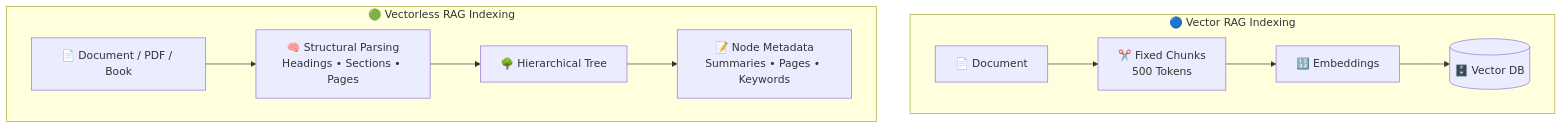
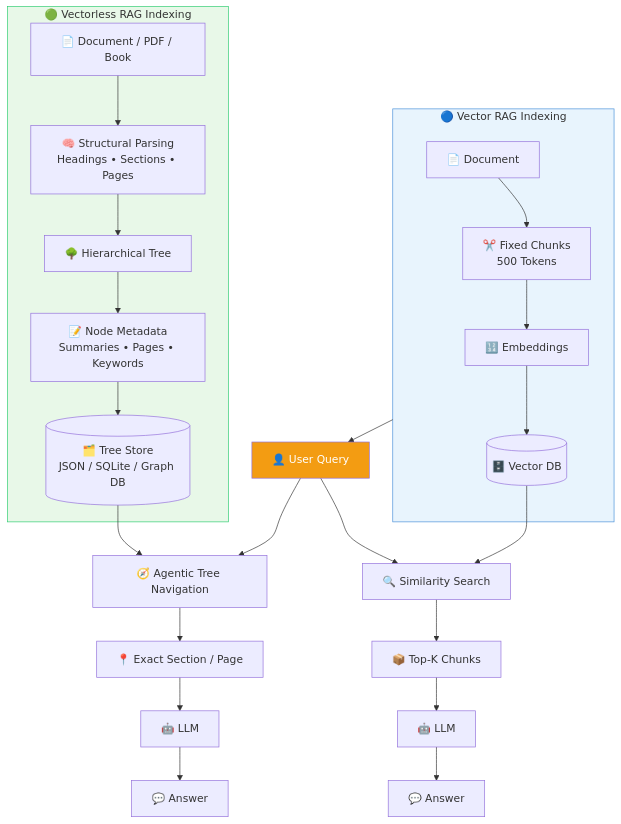
Before and after one commit to Amie-dev/FDE-and-GenAI-Mastery: the first of 14 diagrams in Lecture 18 - Vectorless RAG and LLM Wiki/notes/02_vectorless_rag_tree_indexing.md, drawn with Mermaid. The commit also changed other lines of this file and 6 other files, not shown here.

````diff
--- a/Lecture 18 - Vectorless RAG and LLM Wiki/notes/02_vectorless_rag_tree_indexing.md
+++ b/Lecture 18 - Vectorless RAG and LLM Wiki/notes/02_vectorless_rag_tree_indexing.md
@@ -11,19 +64,45 @@
 ```mermaid
 flowchart TD
 
     subgraph VR["🔵 Vector RAG Indexing"]
 
         VDoc["📄 Document"]
         VDoc --> VChunk["✂️ Fixed Chunks<br/>500 Tokens"]
         VChunk --> VEmbed["🔢 Embeddings"]
         VEmbed --> VDB[("🗄️ Vector DB")]
+
     end
 
     subgraph VL["🟢 Vectorless RAG Indexing"]
 
         PDoc["📄 Document / PDF / Book"]
         PDoc --> Parse["🧠 Structural Parsing<br/>Headings • Sections • Pages"]
         Parse --> Tree["🌳 Hierarchical Tree"]
         Tree --> Meta["📝 Node Metadata<br/>Summaries • Pages • Keywords"]
+        Meta --> STORE[("🗂️ Tree Store<br/>JSON / SQLite / Graph DB")]
+
     end
+
+    Q["👤 User Query"]
+
+    VR --> Q
+
+    Q --> VSEARCH["🔍 Similarity Search"]
+    VDB --> VSEARCH
+
+    Q --> TSEARCH["🧭 Agentic Tree Navigation"]
+    STORE --> TSEARCH
+
+    VSEARCH --> VANS["📦 Top-K Chunks"]
+    TSEARCH --> TANS["📍 Exact Section / Page"]
+
+    VANS --> VLLM["🤖 LLM"]
+    TANS --> TLLM["🤖 LLM"]
+
+    VLLM --> VOUT["💬 Answer"]
+    TLLM --> TOUT["💬 Answer"]
+
+    style VR fill:#e8f4fd,stroke:#4a90d9
+    style VL fill:#e8f8e8,stroke:#2ecc71
+    style Q fill:#f39c12,color:#fff
 ```
````
